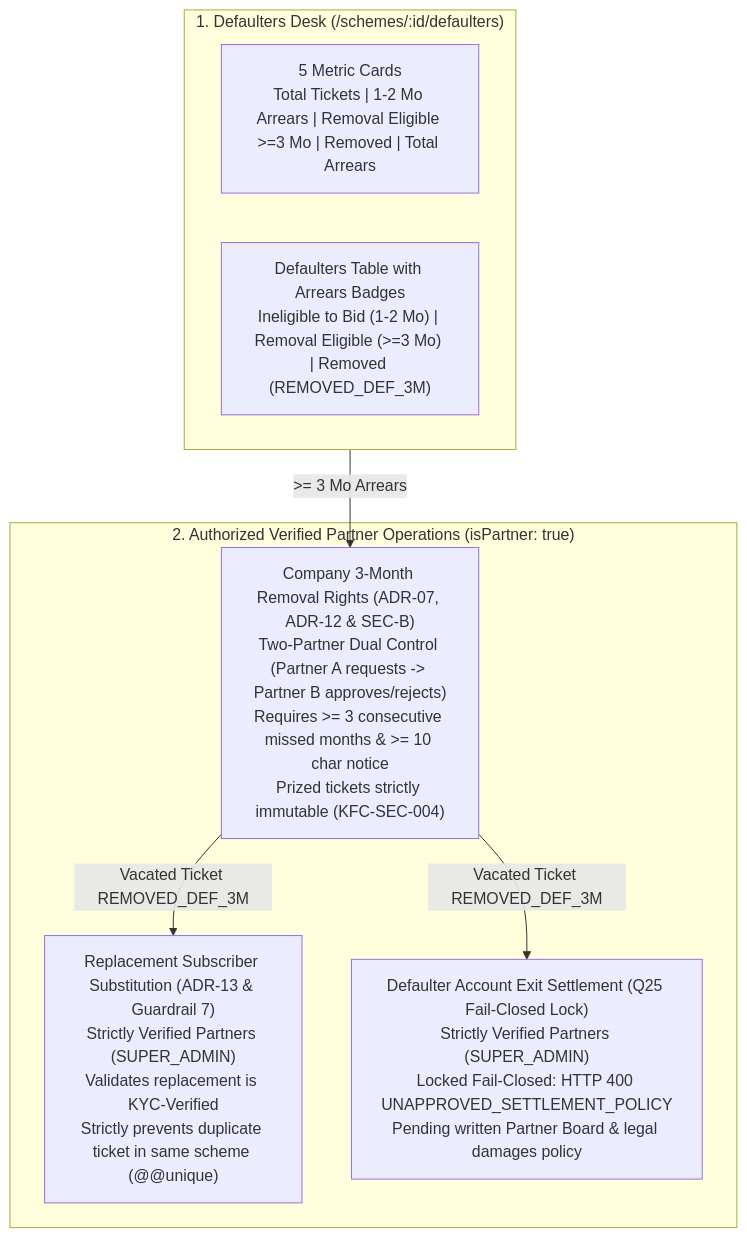
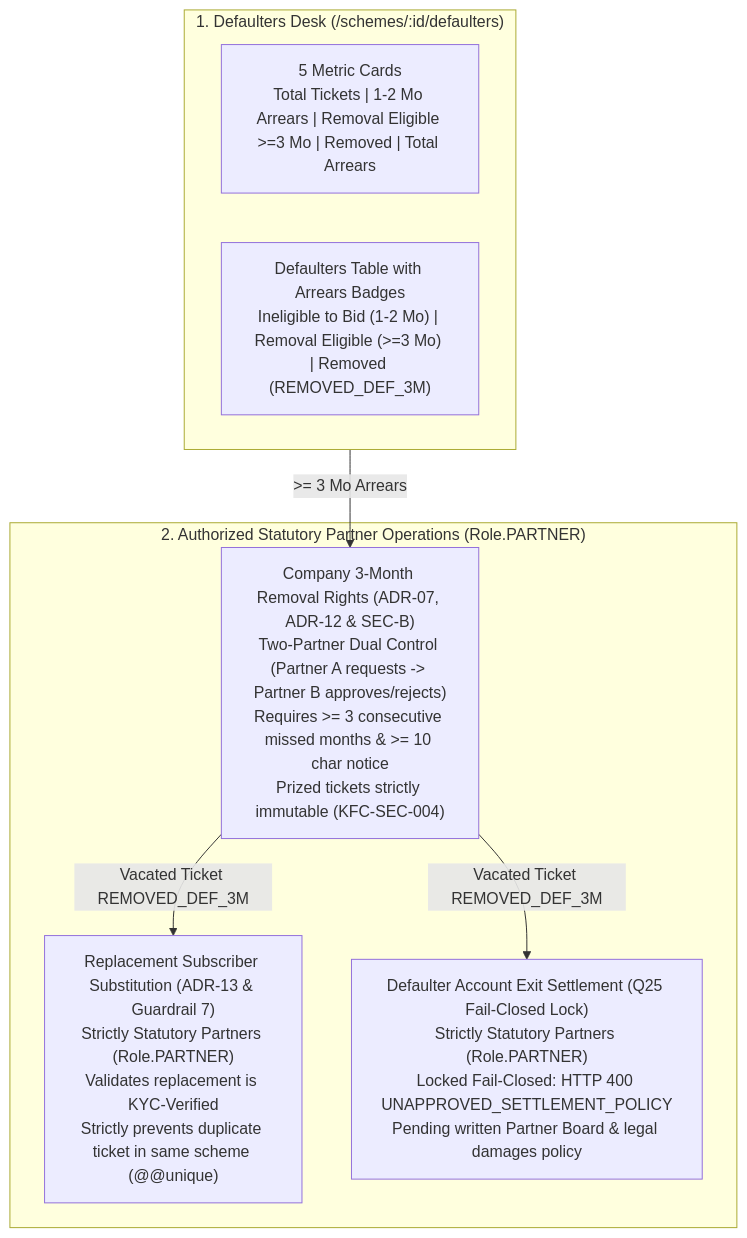
Before and after one commit to Kathir-24/Kumaran-finance: the diagram in docs/web/defaulter-substitution-desk.md, drawn with Mermaid. The commit also changed other lines of this file and 189 other files, not shown here.

````diff
--- a/docs/web/defaulter-substitution-desk.md
+++ b/docs/web/defaulter-substitution-desk.md
@@ -16,17 +16,17 @@
 ```mermaid
 flowchart TD
     subgraph DefaultersDesk["1. Defaulters Desk (/schemes/:id/defaulters)"]
         Metrics["5 Metric Cards\nTotal Tickets | 1-2 Mo Arrears | Removal Eligible >=3 Mo | Removed | Total Arrears"]
         Table["Defaulters Table with Arrears Badges\nIneligible to Bid (1-2 Mo) | Removal Eligible (>=3 Mo) | Removed (REMOVED_DEF_3M)"]
     end
 
-    subgraph Actions["2. Authorized Verified Partner Operations (isPartner: true)"]
+    subgraph Actions["2. Authorized Statutory Partner Operations (Role.PARTNER)"]
         Remove["Company 3-Month Removal Rights (ADR-07, ADR-12 & SEC-B)\nTwo-Partner Dual Control (Partner A requests -> Partner B approves/rejects)\nRequires >= 3 consecutive missed months & >= 10 char notice\nPrized tickets strictly immutable (KFC-SEC-004)"]
-        Substitute["Replacement Subscriber Substitution (ADR-13 & Guardrail 7)\nStrictly Verified Partners (SUPER_ADMIN)\nValidates replacement is KYC-Verified\nStrictly prevents duplicate ticket in same scheme (@@unique)"]
-        Settle["Defaulter Account Exit Settlement (Q25 Fail-Closed Lock)\nStrictly Verified Partners (SUPER_ADMIN)\nLocked Fail-Closed: HTTP 400 UNAPPROVED_SETTLEMENT_POLICY\nPending written Partner Board & legal damages policy"]
+        Substitute["Replacement Subscriber Substitution (ADR-13 & Guardrail 7)\nStrictly Statutory Partners (Role.PARTNER)\nValidates replacement is KYC-Verified\nStrictly prevents duplicate ticket in same scheme (@@unique)"]
+        Settle["Defaulter Account Exit Settlement (Q25 Fail-Closed Lock)\nStrictly Statutory Partners (Role.PARTNER)\nLocked Fail-Closed: HTTP 400 UNAPPROVED_SETTLEMENT_POLICY\nPending written Partner Board & legal damages policy"]
     end
 
     DefaultersDesk -->|>= 3 Mo Arrears| Remove
     Remove -->|Vacated Ticket REMOVED_DEF_3M| Substitute
     Remove -->|Vacated Ticket REMOVED_DEF_3M| Settle
 ```
````
